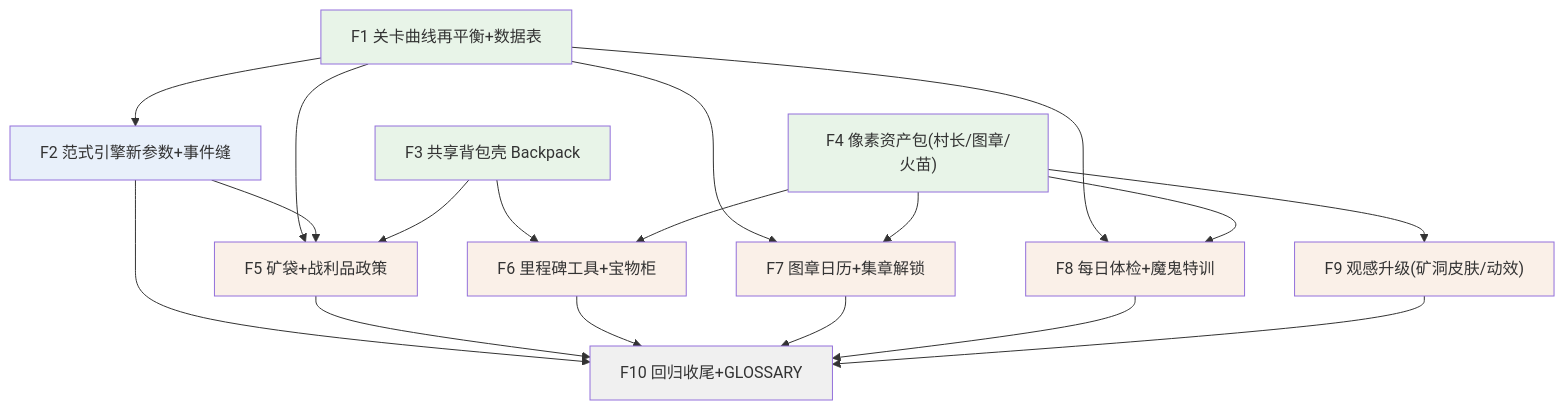
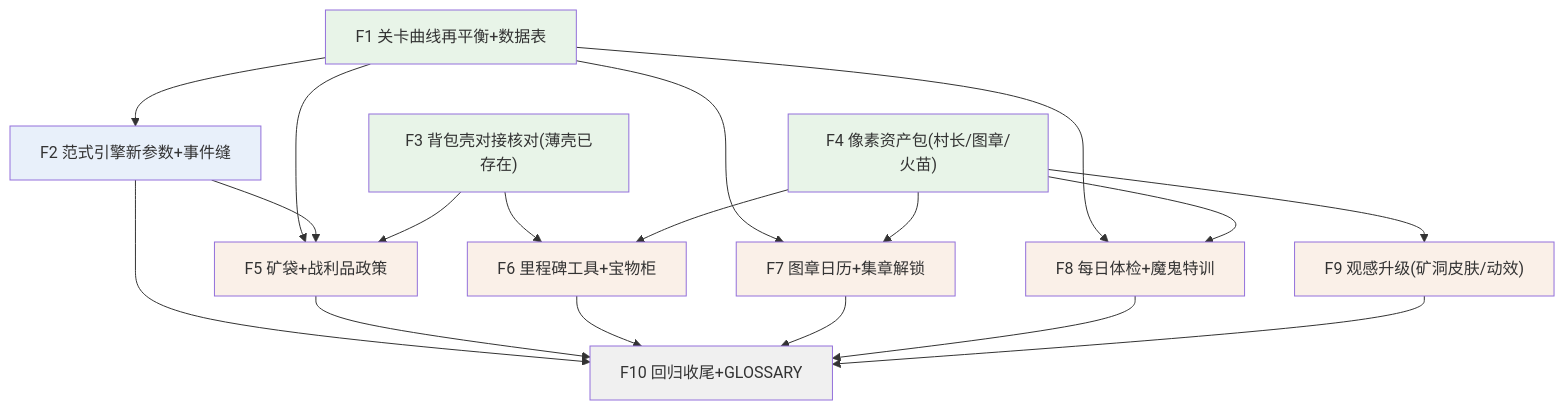
Before and after one commit to zhangCan112/mine-child-craft: the diagram in docs/focus-revamp-tickets.md, drawn with Mermaid. The commit also changed other lines of this file and 2 other files, not shown here.

````diff
--- a/docs/focus-revamp-tickets.md
+++ b/docs/focus-revamp-tickets.md
@@ -26,34 +27,34 @@
 ```mermaid
 flowchart TD
     F1["F1 关卡曲线再平衡+数据表"]:::w1
     F2["F2 范式引擎新参数+事件缝"]:::w2
-    F3["F3 共享背包壳 Backpack"]:::w1
+    F3["F3 背包壳对接核对(薄壳已存在)"]:::w1
     F4["F4 像素资产包(村长/图章/火苗)"]:::w1
     F5["F5 矿袋+战利品政策"]:::w3
     F6["F6 里程碑工具+宝物柜"]:::w3
     F7["F7 图章日历+集章解锁"]:::w3
     F8["F8 每日体检+魔鬼特训"]:::w3
     F9["F9 观感升级(矿洞皮肤/动效)"]:::w3
     F10["F10 回归收尾+GLOSSARY"]:::w4
     F1 --> F2
     F1 --> F5
     F2 --> F5
     F3 --> F5
     F3 --> F6
     F4 --> F6
     F1 --> F7
     F4 --> F7
     F1 --> F8
     F4 --> F8
     F4 --> F9
     F2 --> F10
     F5 --> F10
     F6 --> F10
     F7 --> F10
     F8 --> F10
     F9 --> F10
     classDef w1 fill:#e8f4e8
     classDef w2 fill:#e8f0fa
     classDef w3 fill:#faf0e8
     classDef w4 fill:#f0f0f0
 ```
````
